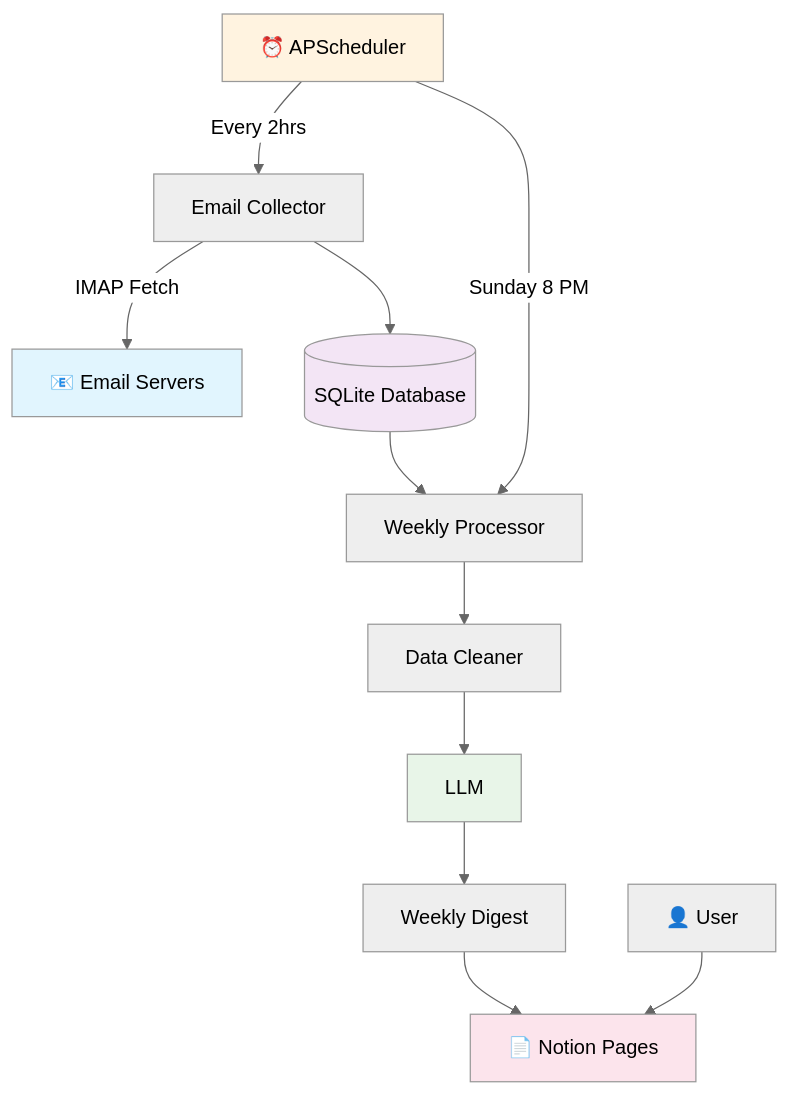
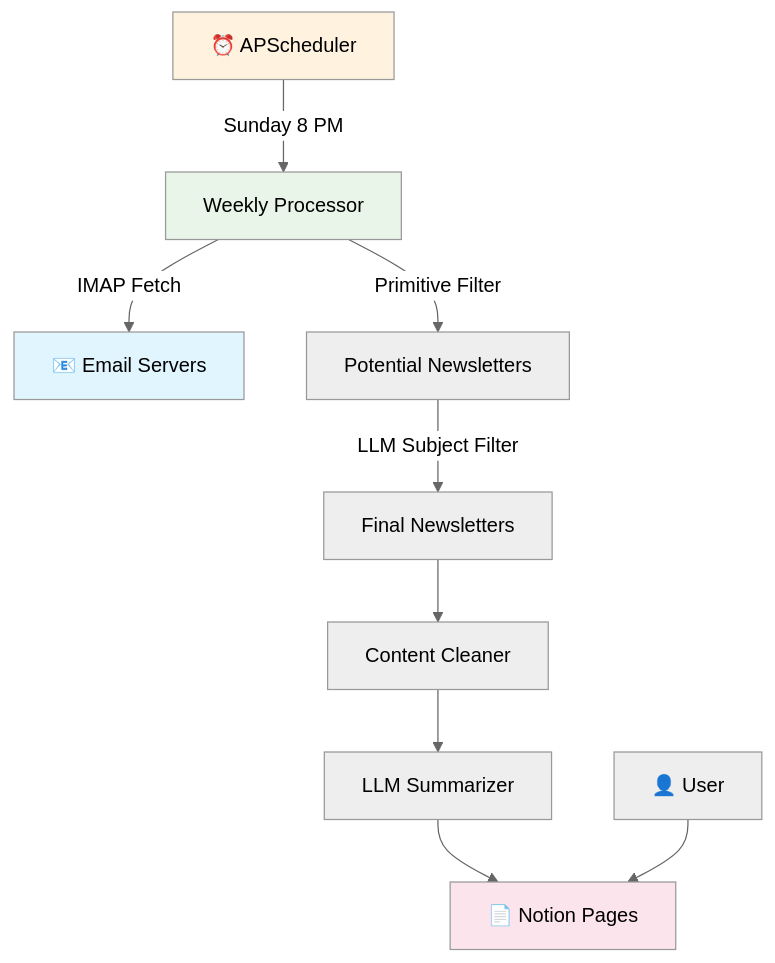
The diagram in MIGRATION_PLAN.md (samz905/newsletter-gpt), drawn with Mermaid (neutral theme) before and after one commit. The commit also changed other lines of this file and 1 other file, not shown here.

````diff
--- a/MIGRATION_PLAN.md
+++ b/MIGRATION_PLAN.md
@@ -11,22 +11,18 @@
 ```mermaid
 graph TD
-    A[⏰ APScheduler] -->|Every 2hrs| B[Email Collector]
-    A -->|Sunday 8 PM| E[Weekly Processor]
+    A[⏰ APScheduler] -->|Sunday 8 PM| B[Weekly Processor]
     
     B -->|IMAP Fetch| C[📧 Email Servers]
-    B --> D[(SQLite Database)]
+    B -->|Primitive Filter| D[Potential Newsletters]
+    D -->|LLM Subject Filter| E[Final Newsletters]
+    E --> F[Content Cleaner]
+    F --> G[LLM Summarizer] 
+    G --> H[📄 Notion Pages]
     
-    D --> E
-    E --> F[Data Cleaner]
-    F --> G[LLM]
-    G --> H[Weekly Digest]
-    H --> I[📄 Notion Pages]
-    
-    J[👤 User] --> I
+    I[👤 User] --> H
     
     style A fill:#fff3e0
     style C fill:#e1f5fe
-    style D fill:#f3e5f5
-    style G fill:#e8f5e8
-    style I fill:#fce4ec
+    style B fill:#e8f5e8
+    style H fill:#fce4ec
 ```
````
